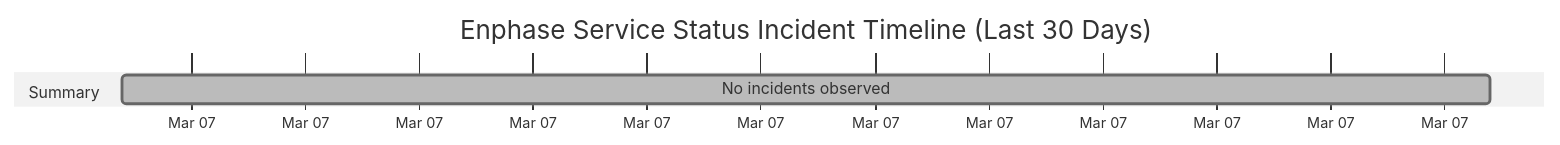
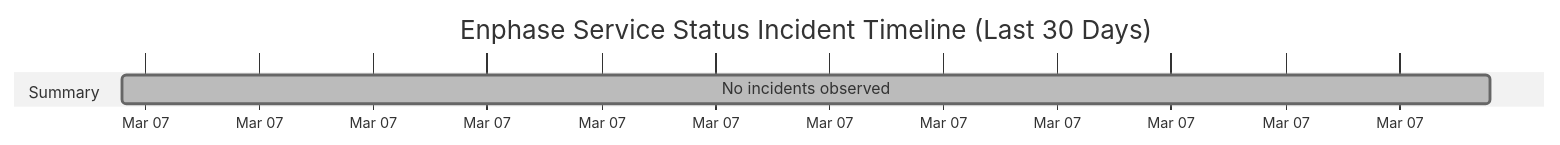
The diagram in wiki/Service-Status-History.md (barneyonline/ha-enphase-ev-charger), drawn with Mermaid (neutral theme) before and after one commit. The commit also changed other lines of this file and 3 other files, not shown here.

````diff
--- a/wiki/Service-Status-History.md
+++ b/wiki/Service-Status-History.md
@@ -14,8 +14,8 @@
 ```mermaid
 gantt
     title Enphase Service Status Incident Timeline (Last 30 Days)
     dateFormat  YYYY-MM-DDTHH:mm:ss
     axisFormat  %b %d
     section Summary
-    No incidents observed :done, 2026-03-07T21:13:02, 1m
+    No incidents observed :done, 2026-03-07T22:13:59, 1m
 ```
````
